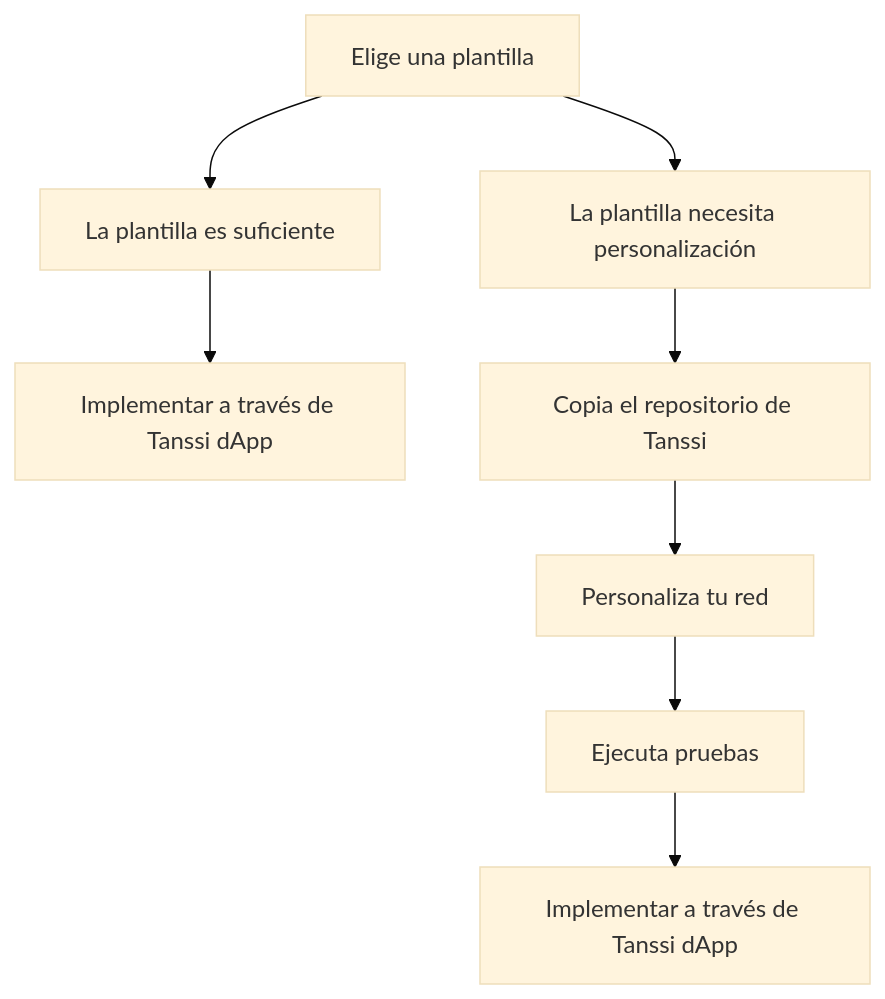
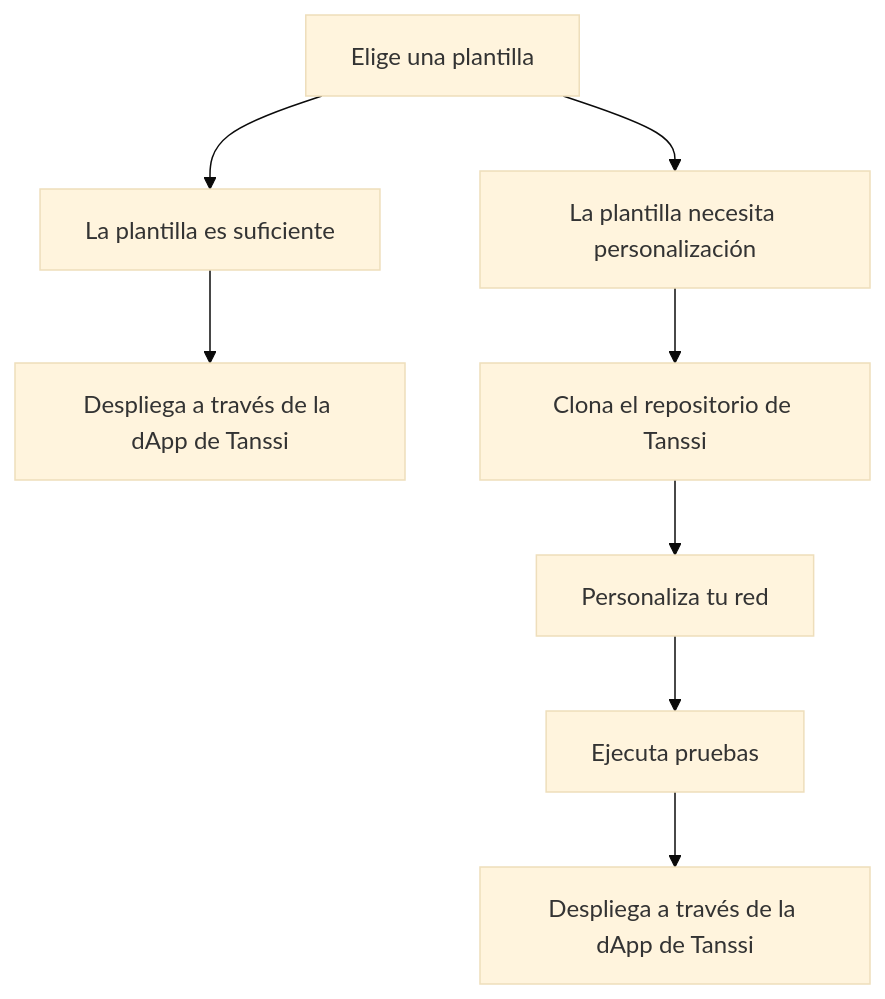
The diagram in es/builders/build/index.md (moondance-labs/tanssi-docs), drawn with Mermaid (base theme) before and after one commit. The commit also changed other lines of this file and 8 other files, not shown here.

````diff
--- a/es/builders/build/index.md
+++ b/es/builders/build/index.md
@@ -16,13 +16,13 @@
 ```mermaid
 flowchart TD
     Start[Elige una plantilla]
     Start --> Path1[La plantilla es suficiente]
     Start --> Path2[La plantilla necesita personalización]
 
-    Path1 --> Deploy1[Implementar a través de Tanssi dApp]
+    Path1 --> Deploy1[Despliega a través de la dApp de Tanssi]
 
-    Path2 --> Fork[Copia el repositorio de Tanssi]
+    Path2 --> Fork[Clona el repositorio de Tanssi]
     Fork --> Customize[Personaliza tu red]
     Customize --> Test[Ejecuta pruebas]
-    Test --> Deploy2[Implementar a través de Tanssi dApp]
+    Test --> Deploy2[Despliega a través de la dApp de Tanssi]
 ```
````
